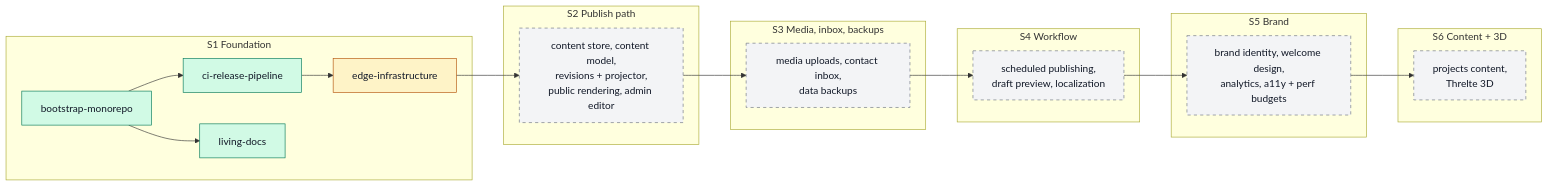
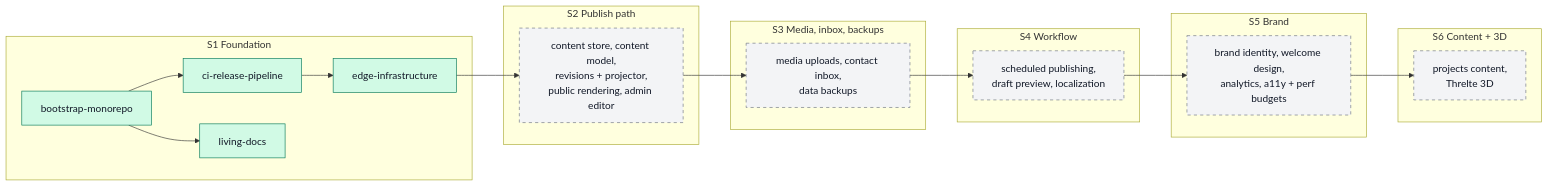
The diagram in docs/ROADMAP.md (ycmcuenca/ycmcuenca-core), drawn with Mermaid before and after one commit. The commit also changed other lines of this file, not shown here.

First line of the commit message:
docs(roadmap): mark edge-infrastructure archived

````diff
--- a/docs/ROADMAP.md
+++ b/docs/ROADMAP.md
@@ -37,34 +37,34 @@
 ```mermaid
 flowchart LR
     subgraph S1["S1 Foundation"]
         bootstrap["bootstrap-monorepo"]:::archived
         ci["ci-release-pipeline"]:::archived
-        edge["edge-infrastructure"]:::inProgress
+        edge["edge-infrastructure"]:::archived
         docs["living-docs"]:::archived
     end
     subgraph S2["S2 Publish path"]
         s2["content store, content model,<br/>revisions + projector,<br/>public rendering, admin editor"]:::planned
     end
     subgraph S3["S3 Media, inbox, backups"]
         s3["media uploads, contact inbox,<br/>data backups"]:::planned
     end
     subgraph S4["S4 Workflow"]
         s4["scheduled publishing,<br/>draft preview, localization"]:::planned
     end
     subgraph S5["S5 Brand"]
         s5["brand identity, welcome design,<br/>analytics, a11y + perf budgets"]:::planned
     end
     subgraph S6["S6 Content + 3D"]
         s6["projects content,<br/>Threlte 3D"]:::planned
     end
 
     bootstrap --> ci --> edge
     bootstrap --> docs
     edge --> s2 --> s3 --> s4 --> s5 --> s6
 
     classDef archived fill:#d1fae5,stroke:#047857,color:#111827
     classDef merged fill:#dbeafe,stroke:#1d4ed8,color:#111827
     classDef inProgress fill:#fef3c7,stroke:#b45309,color:#111827
     classDef proposed fill:#ede9fe,stroke:#6d28d9,color:#111827
     classDef planned fill:#f3f4f6,stroke:#6b7280,color:#111827,stroke-dasharray:5 5
 ```
````
